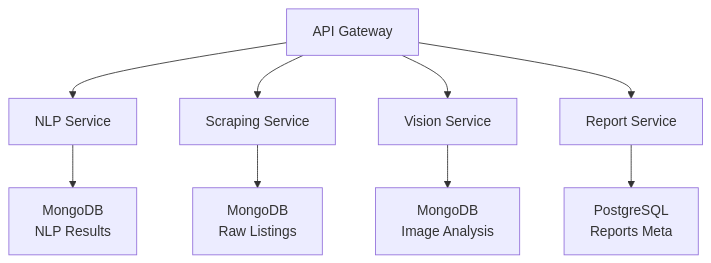
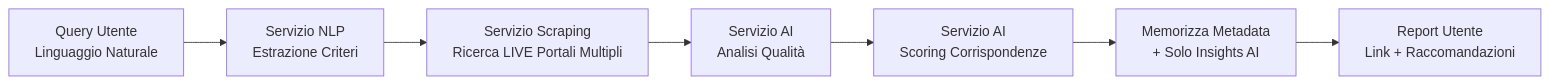
The second of 3 diagrams in docs/02-architecture-overview.md (Simo46/real-estate-scraper), drawn with Mermaid before and after one commit. The commit also changed other lines of this file and 3 other files, not shown here.

````diff
--- a/docs/02-architecture-overview.md
+++ b/docs/02-architecture-overview.md
@@ -536,12 +156,9 @@
 ```mermaid
-graph TB
-    A[API Gateway] --> B[NLP Service]
-    A --> C[Scraping Service]
-    A --> D[Vision Service]
-    A --> E[Report Service]
-    
-    B --> F[MongoDB<br/>NLP Results]
-    C --> G[MongoDB<br/>Raw Listings]
-    D --> H[MongoDB<br/>Image Analysis]
-    E --> I[PostgreSQL<br/>Reports Meta]
+graph LR
+    A[Query Utente<br/>Linguaggio Naturale] --> B[Servizio NLP<br/>Estrazione Criteri]
+    B --> C[Servizio Scraping<br/>Ricerca LIVE Portali Multipli]
+    C --> D[Servizio AI<br/>Analisi Qualità]
+    D --> E[Servizio AI<br/>Scoring Corrispondenze]
+    E --> F[Memorizza Metadata<br/>+ Solo Insights AI]
+    F --> G[Report Utente<br/>Link + Raccomandazioni]
 ```
````
